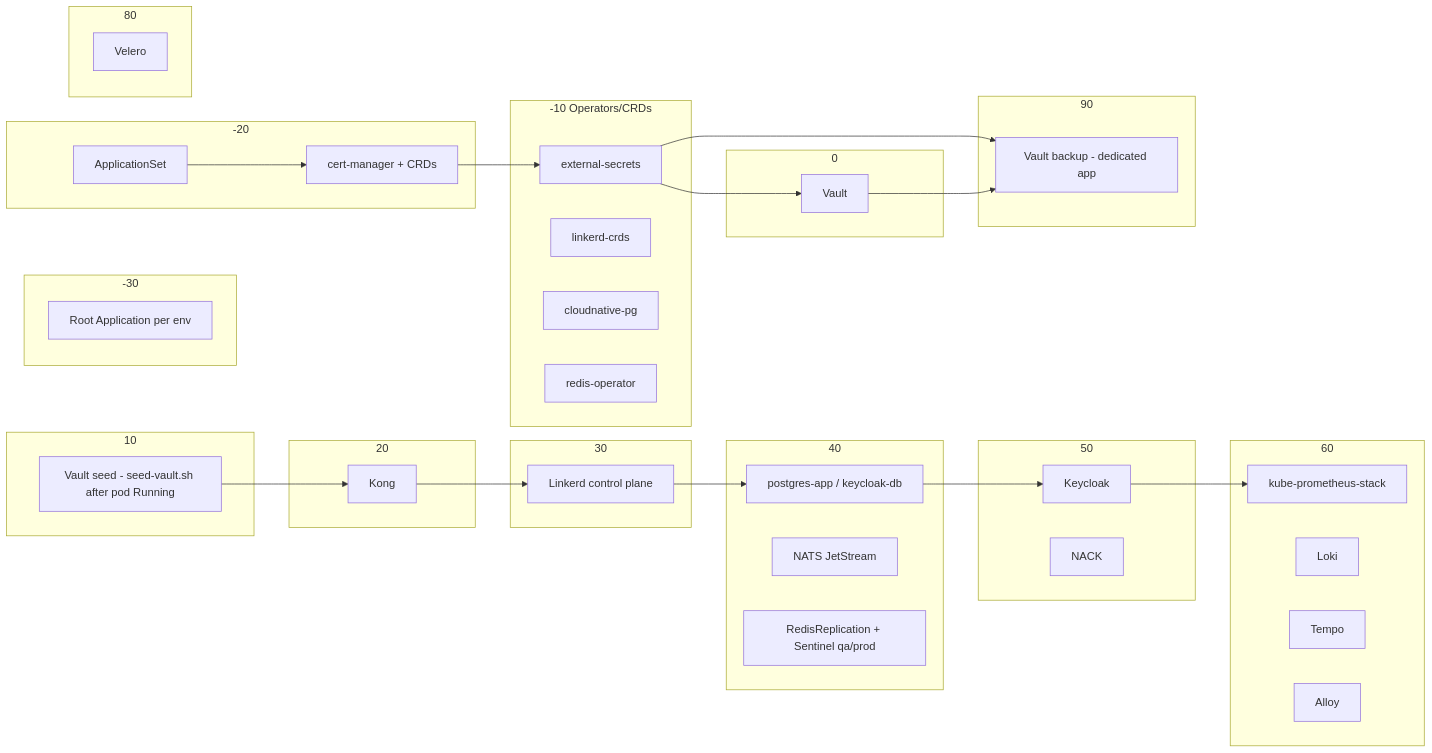
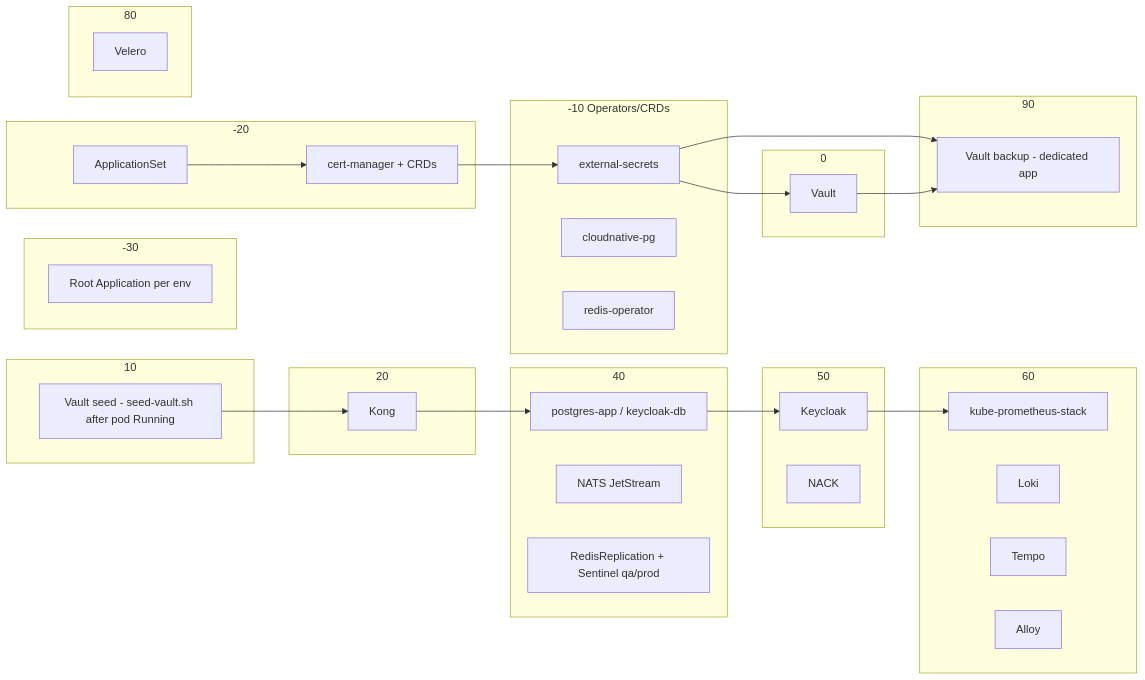
One commit to sca-templates/infra-kubernetes changed the second of 3 diagrams in docs/architecture.md. Above: the diagram before and after it, drawn with Mermaid. The commit also changed other lines of this file and 46 other files, not shown here.

````diff
--- a/docs/architecture.md
+++ b/docs/architecture.md
@@ -205,59 +197,54 @@
 ```mermaid
 graph LR
     subgraph W-30["-30"]
         A[Root Application per env]
     end
     subgraph W-20["-20"]
         B[ApplicationSet]
         C[cert-manager + CRDs]
     end
     subgraph W-10["-10 Operators/CRDs"]
         D[external-secrets]
-        E[linkerd-crds]
         F[cloudnative-pg]
         H[redis-operator]
     end
     subgraph W0["0"]
         I[Vault]
     end
     subgraph W10["10"]
         J[Vault seed - seed-vault.sh after pod Running]
     end
     subgraph W20["20"]
         K[Kong]
-    end
-    subgraph W30["30"]
-        L[Linkerd control plane]
     end
     subgraph W40["40"]
         M[postgres-app / keycloak-db]
         N[NATS JetStream]
         O[RedisReplication + Sentinel qa/prod]
     end
     subgraph W50["50"]
         P[Keycloak]
         P2[NACK]
     end
     subgraph W60["60"]
         Q[kube-prometheus-stack]
         R[Loki]
         S[Tempo]
         T[Alloy]
     end
     subgraph W80["80"]
         V[Velero]
     end
     subgraph W90["90"]
         W[Vault backup - dedicated app]
     end
     B --> C
     C --> D
     D --> I
     J --> K
-    K --> L
-    L --> M
+    K --> M
     M --> P
     P --> Q
     D --> W
     I --> W
 ```
````
